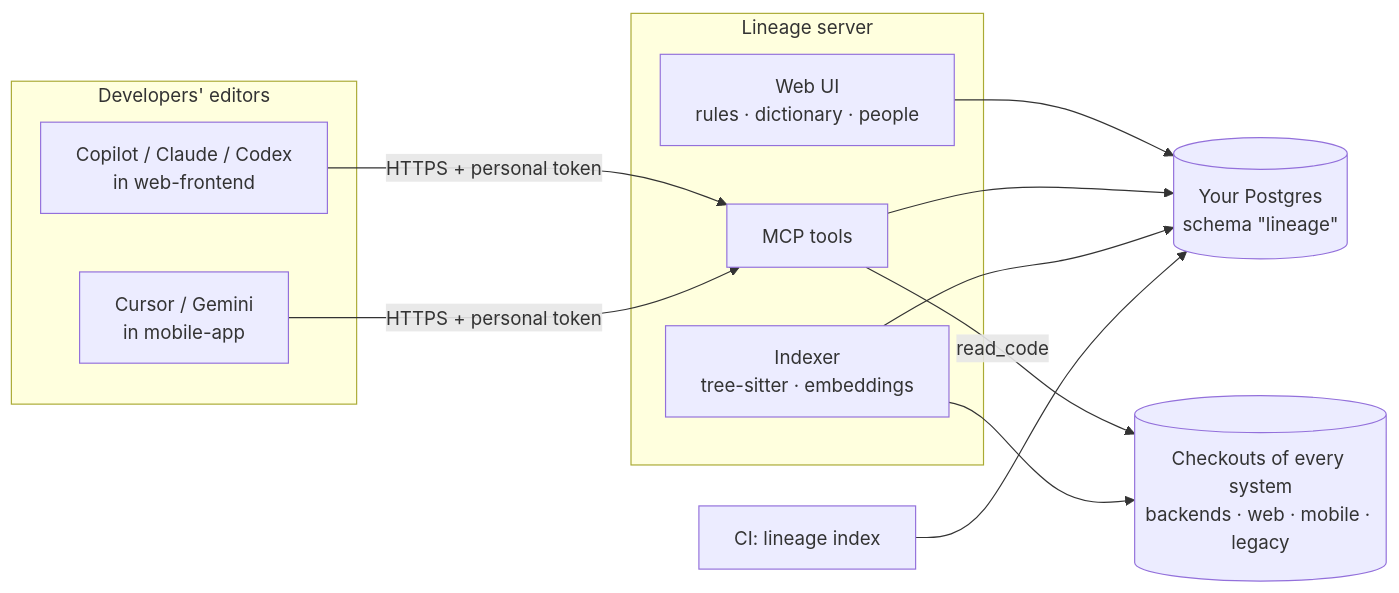
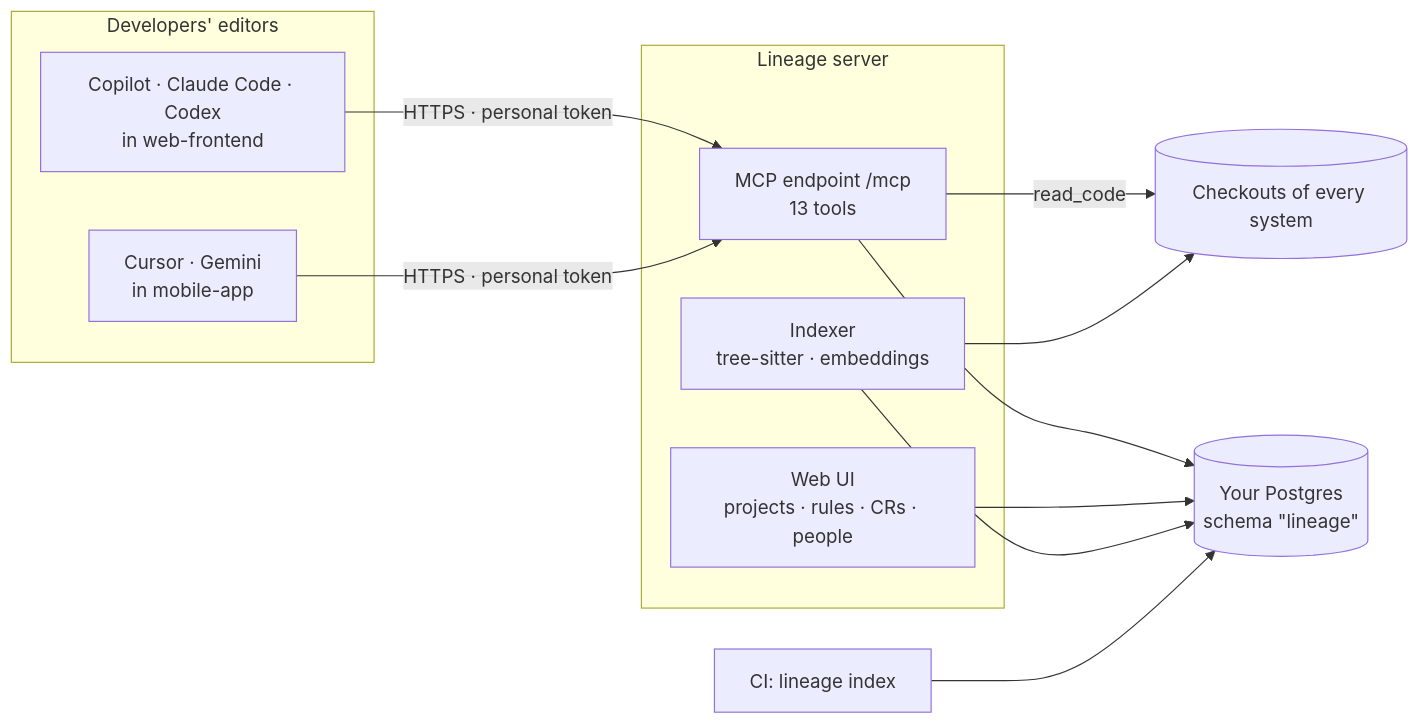
Before and after one commit to tanwarAalok/lineage: the first of 2 diagrams in README.md, drawn with Mermaid. The commit also changed other lines of this file and 9 other files, not shown here.

````diff
--- a/README.md
+++ b/README.md
@@ -86,24 +72,23 @@
 ```mermaid
 flowchart LR
     subgraph editors["Developers' editors"]
-        C1["Copilot / Claude / Codex<br/>in web-frontend"]
-        C2["Cursor / Gemini<br/>in mobile-app"]
+        A1["Copilot · Claude Code · Codex<br/>in web-frontend"]
+        A2["Cursor · Gemini<br/>in mobile-app"]
     end
     subgraph server["Lineage server"]
-        MCP["MCP tools"]
-        UI["Web UI<br/>rules · dictionary · people"]
+        MCP["MCP endpoint /mcp<br/>13 tools"]
+        UI["Web UI<br/>projects · rules · CRs · people"]
         IDX["Indexer<br/>tree-sitter · embeddings"]
     end
-    REPOS[("Checkouts of every system<br/>backends · web · mobile · legacy")]
+    REPOS[("Checkouts of every system")]
     DB[("Your Postgres<br/>schema &quot;lineage&quot;")]
     CI["CI: lineage index"]
-
-    C1 -- "HTTPS + personal token" --> MCP
-    C2 -- "HTTPS + personal token" --> MCP
+    A1 -- "HTTPS · personal token" --> MCP
+    A2 -- "HTTPS · personal token" --> MCP
+    MCP --> DB
     UI --> DB
-    MCP --> DB
     MCP -- "read_code" --> REPOS
     IDX --> REPOS
     IDX --> DB
     CI --> DB
 ```
````
